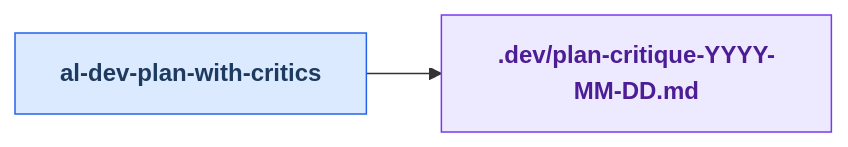
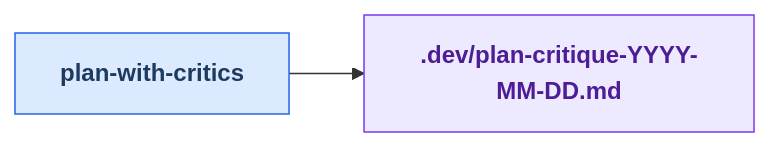
One commit to russell-laing/al-dev-shared changed the ninth of 24 diagrams in docs/skills_map.md. Above: the diagram before and after it, drawn with Mermaid. The commit also changed other lines of this file and 8 other files, not shown here.

````diff
--- a/docs/skills_map.md
+++ b/docs/skills_map.md
@@ -483,16 +494,16 @@
 ```mermaid
 flowchart LR
     classDef skillNode fill:#dbeafe,stroke:#2563eb,color:#1e3a5f,font-weight:bold
     classDef agentNode fill:#d1fae5,stroke:#059669,color:#064e3b,font-weight:bold
     classDef knowledgeNode fill:#fef3c7,stroke:#d97706,color:#78350f,font-weight:bold
     classDef artifactNode fill:#ede9fe,stroke:#7c3aed,color:#4c1d95,font-weight:bold
     classDef phaseNode fill:#e0e7ff,stroke:#6366f1,color:#312e81,font-weight:bold
 
-    skill_al_dev_plan_with_critics[al-dev-plan-with-critics]
+    skill_plan_with_critics[plan-with-critics]
     artifact_plan_critique_YYYY_MM_DD_md[.dev/plan-critique-YYYY-MM-DD.md]
 
-    skill_al_dev_plan_with_critics --> artifact_plan_critique_YYYY_MM_DD_md
+    skill_plan_with_critics --> artifact_plan_critique_YYYY_MM_DD_md
 
-    class skill_al_dev_plan_with_critics skillNode
+    class skill_plan_with_critics skillNode
     class artifact_plan_critique_YYYY_MM_DD_md artifactNode
 ```
````
